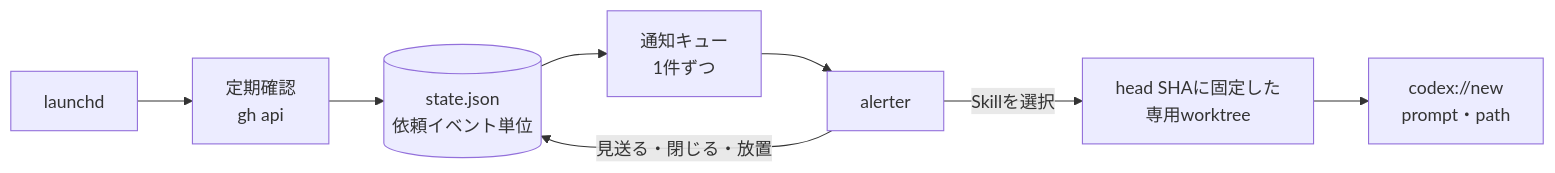
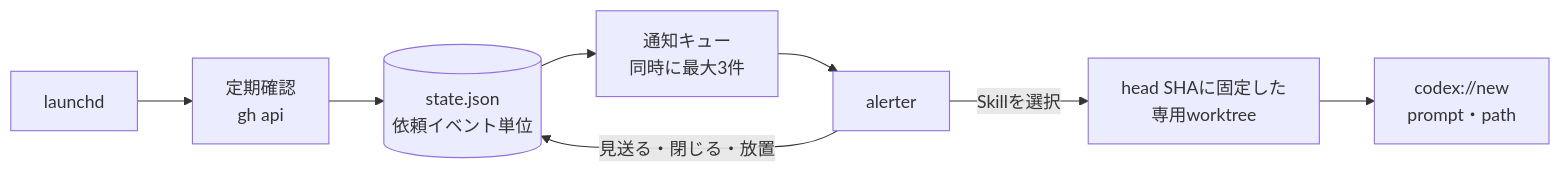
One commit to riii111/dotfiles changed the diagram in tools/review-notifier/README.md. Above: the diagram before and after it, drawn with Mermaid. The commit also changed other lines of this file and 8 other files, not shown here.

````diff
--- a/tools/review-notifier/README.md
+++ b/tools/review-notifier/README.md
@@ -6,10 +6,10 @@
 ```mermaid
 flowchart LR
   L[launchd] --> P[定期確認<br/>gh api]
   P --> S[(state.json<br/>依頼イベント単位)]
-  S --> Q[通知キュー<br/>1件ずつ]
+  S --> Q[通知キュー<br/>同時に最大3件]
   Q --> A[alerter]
   A -->|Skillを選択| W[head SHAに固定した<br/>専用worktree]
   W --> D[codex://new<br/>prompt・path]
   A -->|見送る・閉じる・放置| S
 ```
````
